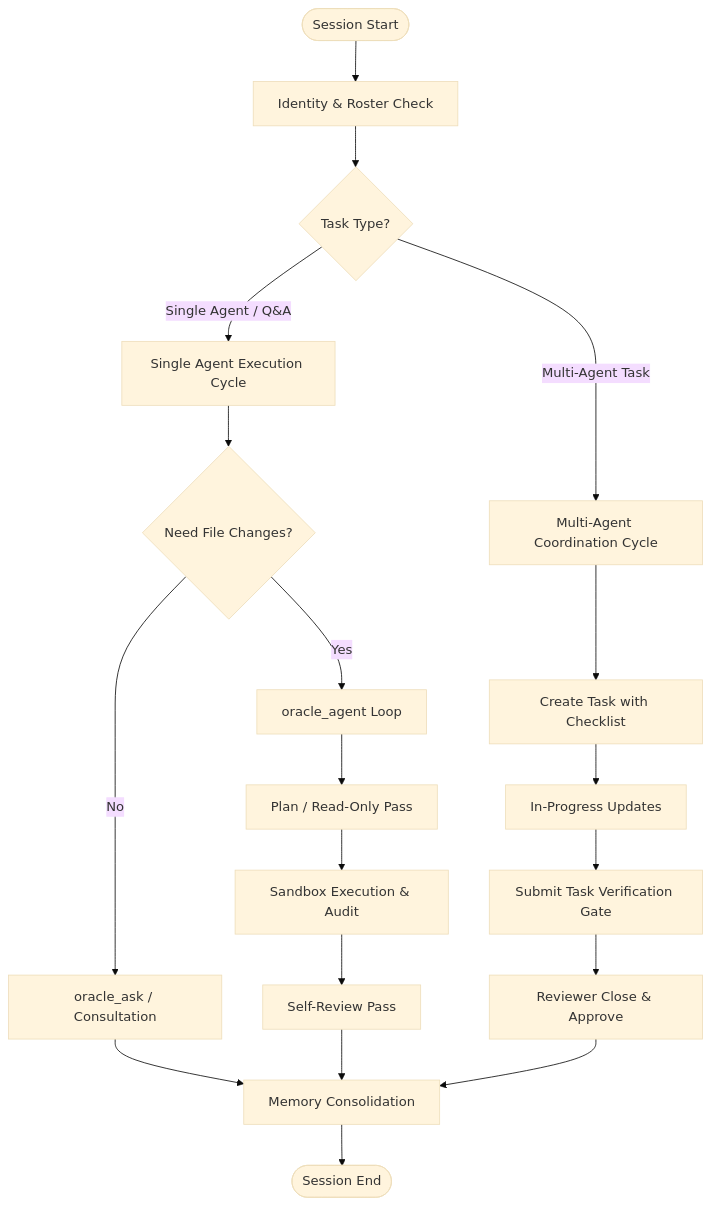
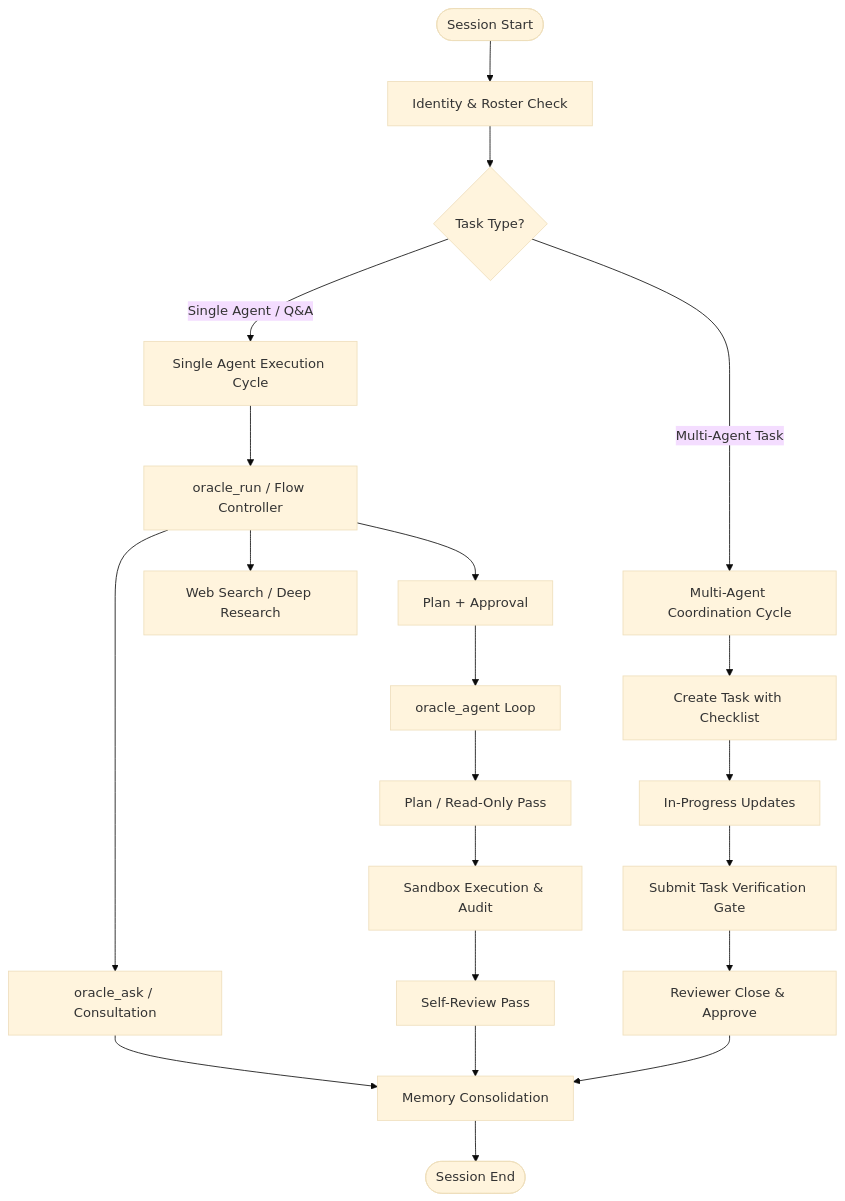
One commit to JonusNattapong/Oracle changed the first of 4 diagrams in docs/WORKFLOW.md. Above: the diagram before and after it, drawn with Mermaid (base theme). The commit also changed other lines of this file and 11 other files, not shown here.

Commit message:
feat: add unified oracle flow handoff

````diff
--- a/docs/WORKFLOW.md
+++ b/docs/WORKFLOW.md
@@ -19,26 +19,28 @@
 ```mermaid
 flowchart TD
     Start([Session Start]) --> Identity[Identity & Roster Check]
     Identity --> SelectType{Task Type?}
 
     SelectType -->|Single Agent / Q&A| SingleLoop[Single Agent Execution Cycle]
     SelectType -->|Multi-Agent Task| TaskLoop[Multi-Agent Coordination Cycle]
 
-    SingleLoop --> AskVsAgent{Need File Changes?}
-    AskVsAgent -->|No| Ask[oracle_ask / Consultation]
-    AskVsAgent -->|Yes| Agent[oracle_agent Loop]
+    SingleLoop --> Flow[oracle_run / Flow Controller]
+    Flow --> Ask[oracle_ask / Consultation]
+    Flow --> Research[Web Search / Deep Research]
+    Flow --> Plan[Plan + Approval]
+    Plan --> Agent[oracle_agent Loop]
 
-    Agent --> Plan[Plan / Read-Only Pass]
-    Plan --> Execute[Sandbox Execution & Audit]
+    Agent --> ReviewPlan[Plan / Read-Only Pass]
+    ReviewPlan --> Execute[Sandbox Execution & Audit]
     Execute --> Review[Self-Review Pass]
 
     TaskLoop --> TaskCreate[Create Task with Checklist]
     TaskCreate --> TaskProgress[In-Progress Updates]
     TaskProgress --> TaskSubmit[Submit Task Verification Gate]
     TaskSubmit --> TaskClose[Reviewer Close & Approve]
 
     Ask --> MemorySave[Memory Consolidation]
     Review --> MemorySave
     TaskClose --> MemorySave
     MemorySave --> End([Session End])
 ```
````
